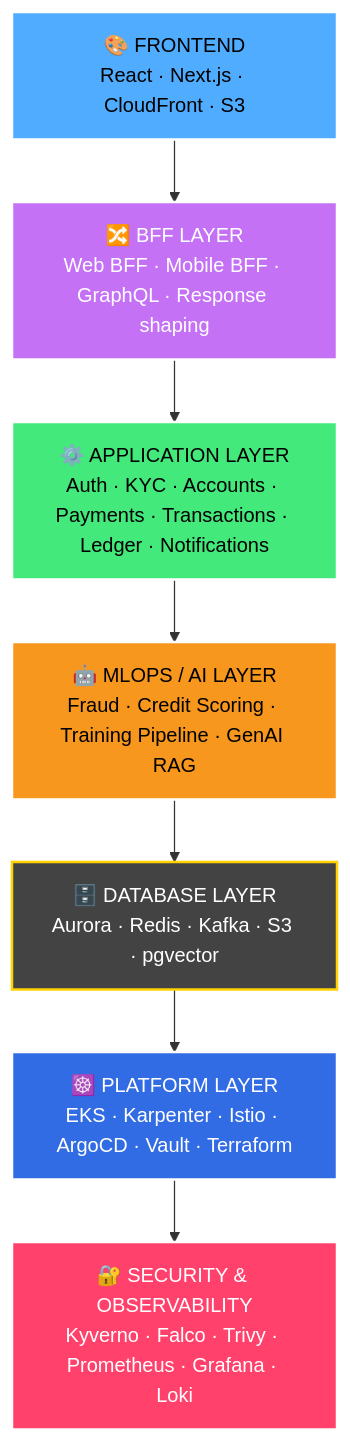
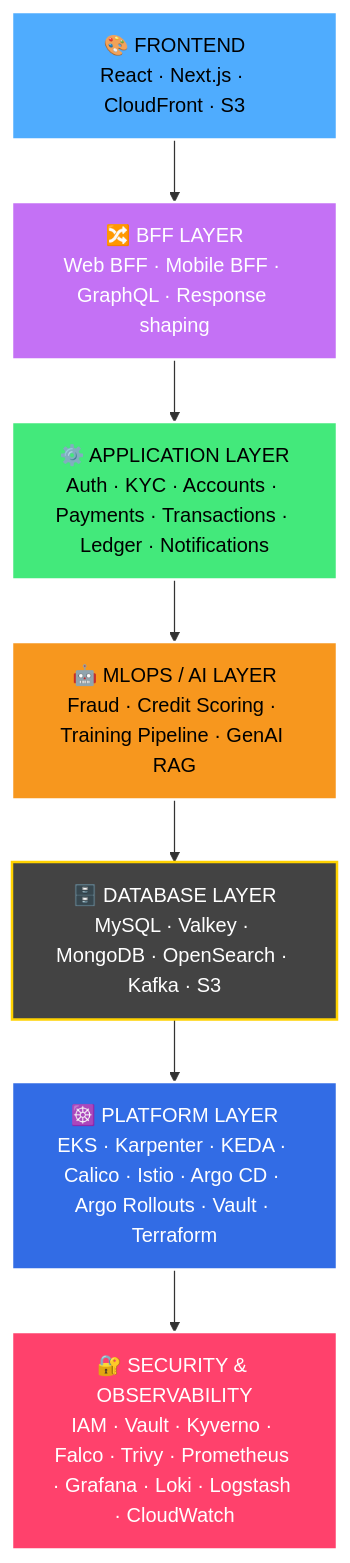
One commit to muntaha747/FinTech-Enterprise-Project changed the tenth of 31 diagrams in README.md. Above: the diagram before and after it, drawn with Mermaid. The commit also changed other lines of this file and 4 other files, not shown here.

First line of the commit message:
README: project overview, infrastructure layers and regional architecture diagrams [skip ci]

````diff
--- a/README.md
+++ b/README.md
@@ -399,20 +545,20 @@
 ```mermaid
 flowchart TB
     L1["🎨 FRONTEND<br/>React · Next.js · CloudFront · S3"]:::l1
     L2["🔀 BFF LAYER<br/>Web BFF · Mobile BFF · GraphQL · Response shaping"]:::l2
     L3["⚙️ APPLICATION LAYER<br/>Auth · KYC · Accounts · Payments · Transactions · Ledger · Notifications"]:::l3
     L4["🤖 MLOPS / AI LAYER<br/>Fraud · Credit Scoring · Training Pipeline · GenAI RAG"]:::l4
-    L5["🗄️ DATABASE LAYER<br/>Aurora · Redis · Kafka · S3 · pgvector"]:::l5
-    L6["☸️ PLATFORM LAYER<br/>EKS · Karpenter · Istio · ArgoCD · Vault · Terraform"]:::l6
-    L7["🔐 SECURITY & OBSERVABILITY<br/>Kyverno · Falco · Trivy · Prometheus · Grafana · Loki"]:::l7
+    L5["🗄️ DATABASE LAYER<br/>MySQL · Valkey · MongoDB · OpenSearch · Kafka · S3"]:::l5
+    L6["☸️ PLATFORM LAYER<br/>EKS · Karpenter · KEDA · Calico · Istio · Argo CD · Argo Rollouts · Vault · Terraform"]:::l6
+    L7["🔐 SECURITY & OBSERVABILITY<br/>IAM · Vault · Kyverno · Falco · Trivy · Prometheus · Grafana · Loki · Logstash · CloudWatch"]:::l7
 
     L1 --> L2 --> L3 --> L4 --> L5 --> L6 --> L7
 
     classDef l1 fill:#4facfe,color:#000,stroke:#fff,stroke-width:2px
     classDef l2 fill:#c471f5,color:#fff,stroke:#fff,stroke-width:2px
     classDef l3 fill:#43e97b,color:#000,stroke:#fff,stroke-width:2px
     classDef l4 fill:#f7971e,color:#000,stroke:#fff,stroke-width:2px
     classDef l5 fill:#434343,color:#fff,stroke:#ffd200,stroke-width:2px
     classDef l6 fill:#326ce5,color:#fff,stroke:#fff,stroke-width:2px
     classDef l7 fill:#ff416c,color:#fff,stroke:#fff,stroke-width:2px
 ```
````
